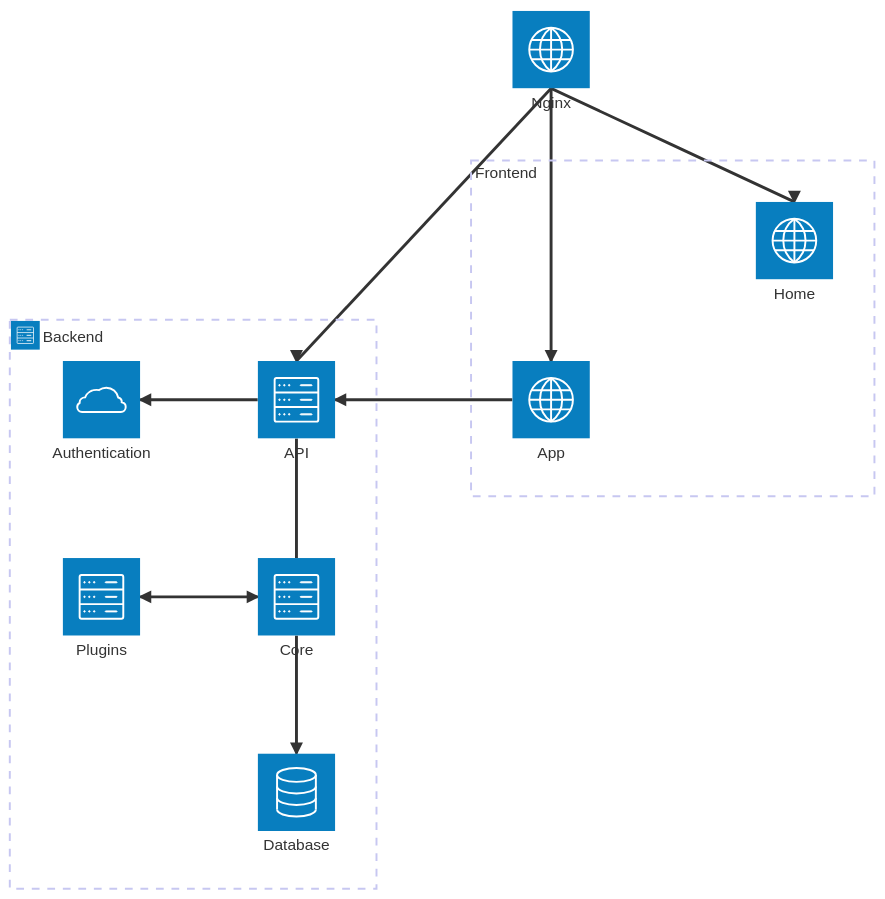
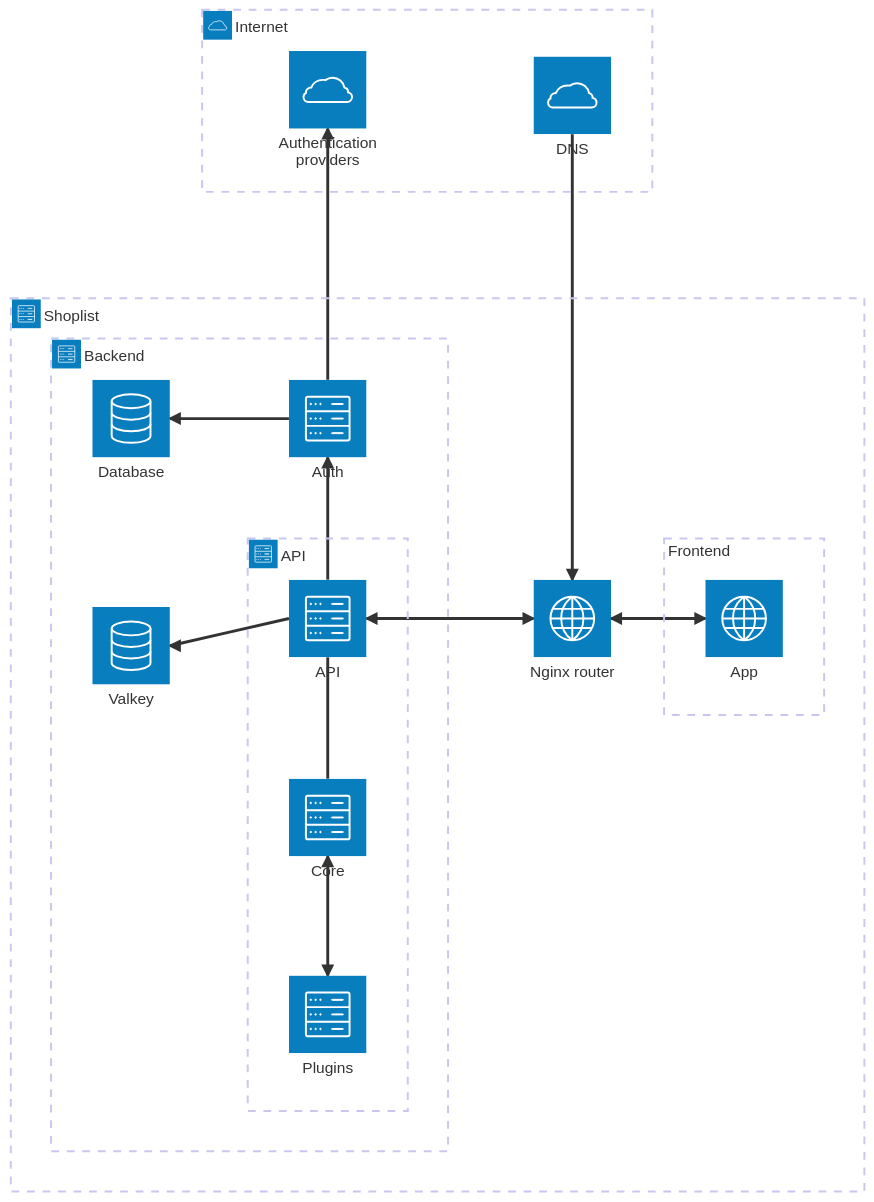
Before and after one commit to Jkutkut/ShopList: the diagram in docs/architecture.md, drawn with Mermaid.

````diff
--- a/docs/architecture.md
+++ b/docs/architecture.md
@@ -2,25 +2,33 @@
 ```mermaid
 architecture-beta
-    service nginx(internet)[Nginx]
-    nginx:B --> T:api
-    nginx:B --> T:home
-    nginx:B --> T:app
+    group shoplist(server)[Shoplist]
+    service nginx(internet)[Nginx router] in shoplist
 
-    group back(server)[Backend]
+    group internet(cloud)[Internet]
+    service internetAuth(cloud)[Authentication providers] in internet
+    service dns(cloud)[DNS] in internet
+    dns:B --> T:nginx
+
+    group back(server)[Backend] in shoplist
+    service valkey(database)[Valkey] in back
     service db(database)[Database] in back
-    service auth(cloud)[Authentication] in back
-    service api(server)[API] in back
-    service core(server)[Core] in back
-    service plugins(server)[Plugins] in back
+    service auth(server)[Auth] in back
 
-    api:L --> R:auth
+    group apigroup(server)[API] in back
+    service api(server)[API] in apigroup
+    service core(server)[Core] in apigroup
+    service plugins(server)[Plugins] in apigroup
+
+    api:L --> R:valkey
+    api:T --> B:auth
+    auth:L --> R:db
     api:B -- T:core
-    core:B --> T:db
-    plugins:R <--> L:core
+    plugins:T <--> B:core
+    auth:T --> B:internetAuth
 
-    group front[Frontend]
+    group front[Frontend] in shoplist
     service app(internet)[App] in front
-    service home(internet)[Home] in front
 
-    api:R <-- L:app
+    api:R <--> L:nginx
+    nginx:R <--> L:app
 ```
````
